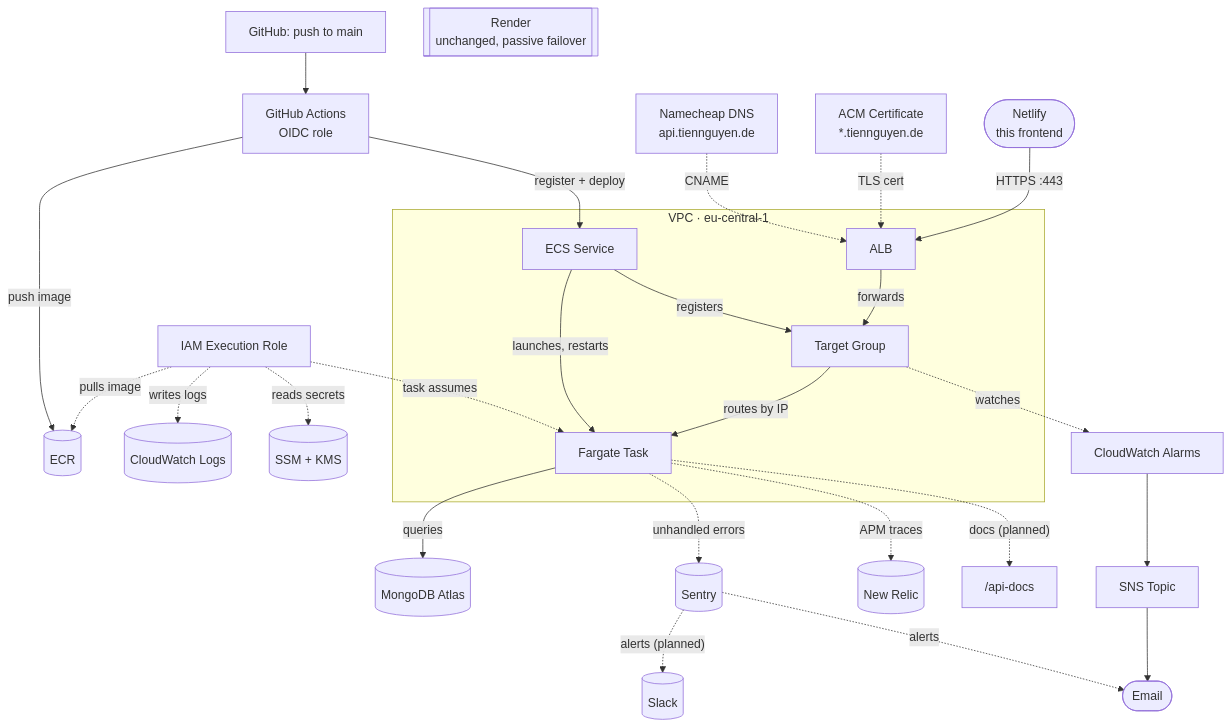
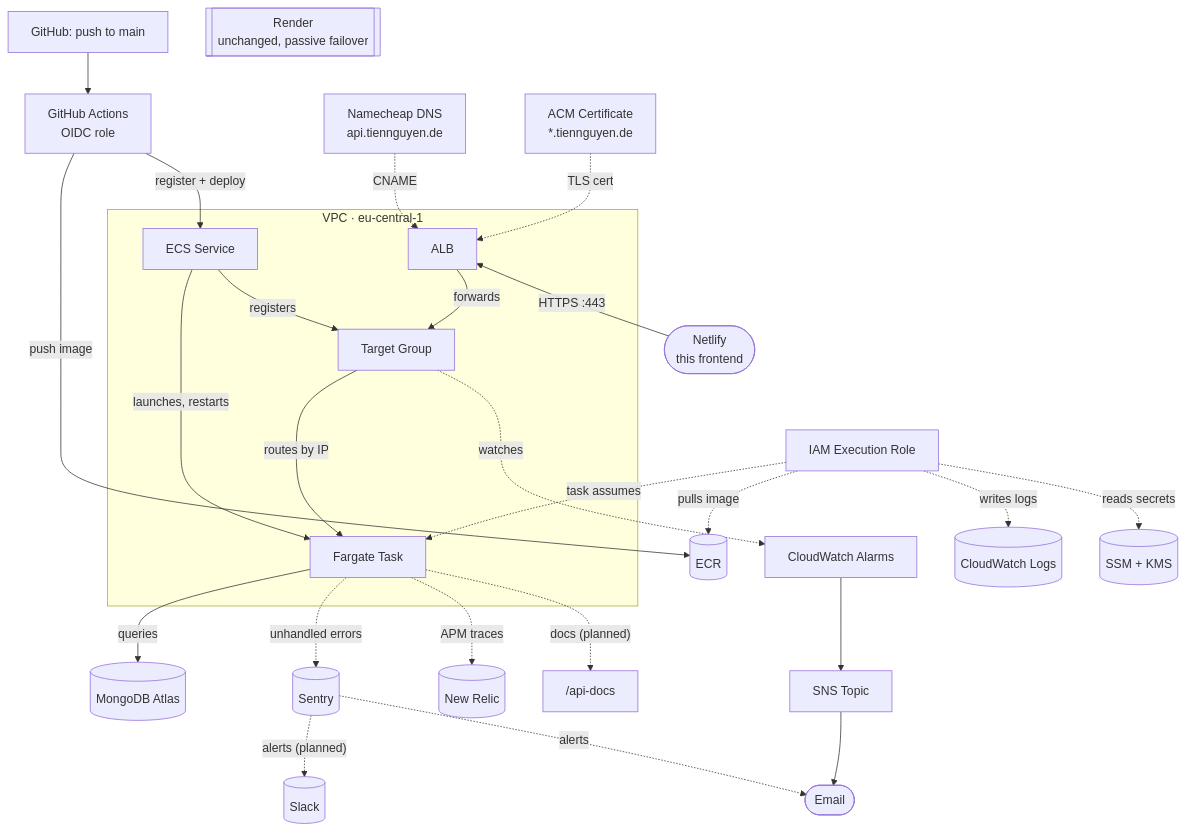
One commit to ntrix/amazin changed the diagram in README.md. Above: the diagram before and after it, drawn with Mermaid.

Commit message:
docs(readme): nudge Netlify/IAM role nodes with invisible links to fix layout

````diff
--- a/README.md
+++ b/README.md
@@ -103,40 +103,40 @@
 ```mermaid
 flowchart TB
   GitHub["GitHub: push to main"] --> Actions["GitHub Actions<br/>OIDC role"]
   Actions -->|"push image"| ECR[("ECR")]
   Actions -->|"register + deploy"| Service
 
   DNS["Namecheap DNS<br/>api.tiennguyen.de"] -. CNAME .-> ALB
   ACM["ACM Certificate<br/>*.tiennguyen.de"] -. "TLS cert" .-> ALB
 
-  Netlify(["Netlify<br/>this frontend"]) -->|"HTTPS :443"| ALB["ALB"]
+  ~~~Netlify(["Netlify<br/>this frontend"]) -->|"HTTPS :443"| ALB["ALB"]
   ALB -->|forwards| TG["Target Group"]
   TG -->|"routes by IP"| Task["Fargate Task"]
   Task -->|queries| Mongo[("MongoDB Atlas")]
   Service["ECS Service"] -->|"launches, restarts"| Task
   Service -->|registers| TG
 
-  Role["IAM Execution Role"] -. "task assumes" .-> Task
+  ~~~Role["IAM Execution Role"] -. "task assumes" .-> Task
   Role -. "pulls image" .-> ECR
   Role -. "writes logs" .-> Logs[("CloudWatch Logs")]
   Role -. "reads secrets" .-> SSM[("SSM + KMS")]
 
   TG -. watches .-> Alarms["CloudWatch Alarms"]
   Alarms --> SNS["SNS Topic"]
   SNS --> Email([Email])
 
   Task -. "unhandled errors" .-> Sentry[("Sentry")]
   Task -. "APM traces" .-> NewRelic[("New Relic")]
   Task -. "docs (planned)" .-> OpenAPI["/api-docs"]
   Sentry -. "alerts (planned)" .-> Slack[("Slack")]
   Sentry -. alerts .-> Email
 
   Render[["Render<br/>unchanged, passive failover"]]
 
   subgraph VPC["VPC · eu-central-1"]
     ALB
     TG
     Task
     Service
   end
 ```
````
